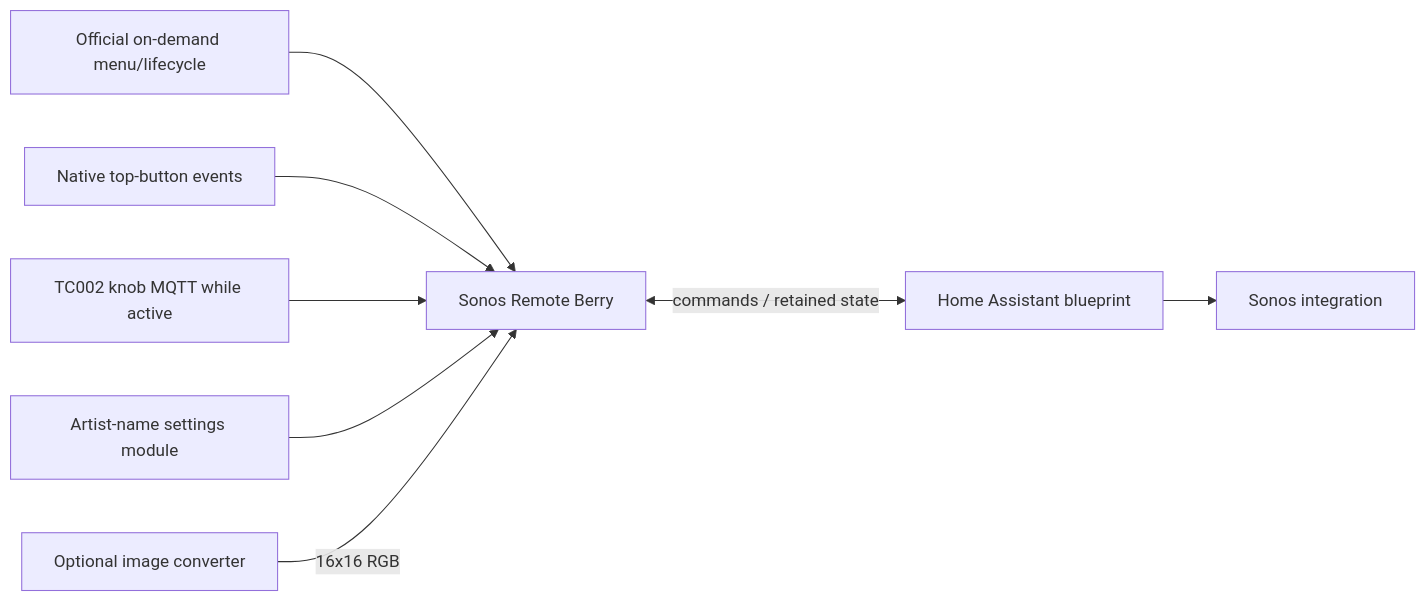
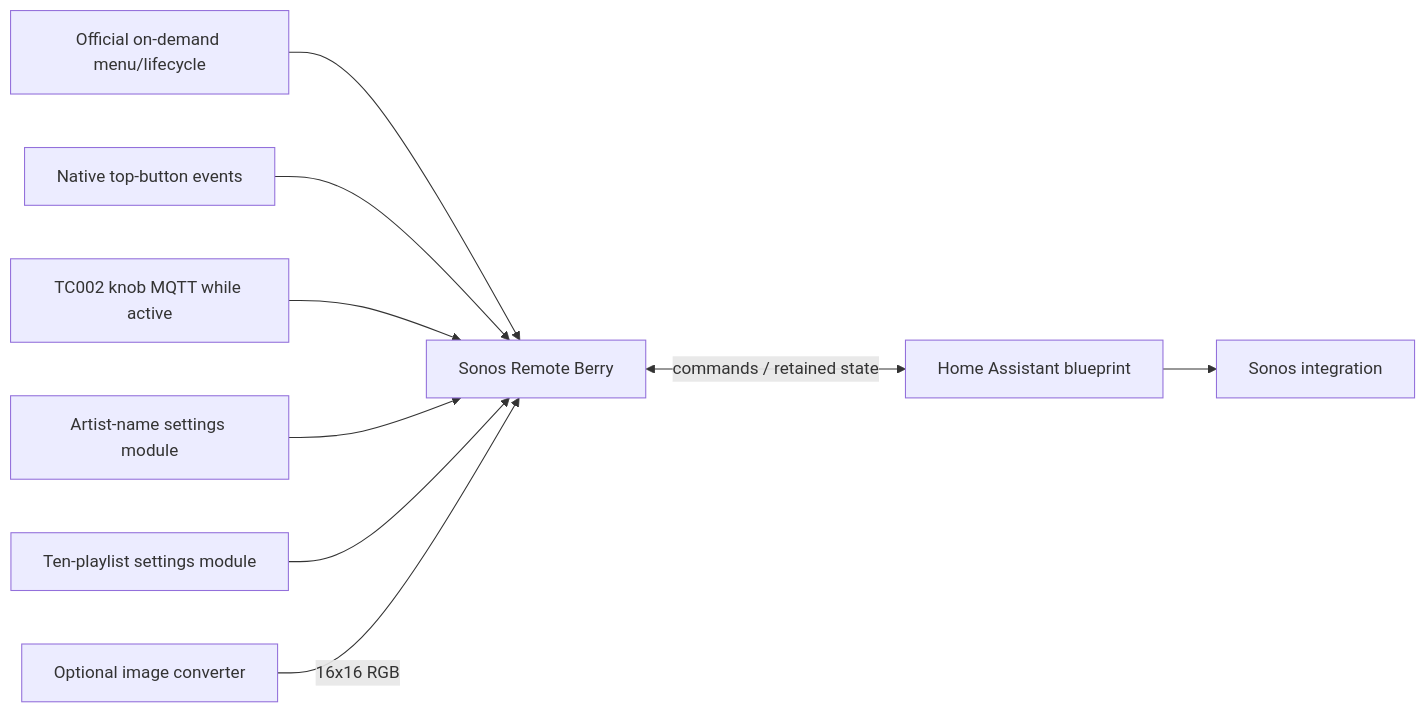
Before and after one commit to lucaamo/tc002-sonos-remote: the diagram in docs/ARCHITECTURE.md, drawn with Mermaid. The commit also changed other lines of this file and 9 other files, not shown here.

Commit message:
Support ten playlists in a dedicated Berry settings module

````diff
--- a/docs/ARCHITECTURE.md
+++ b/docs/ARCHITECTURE.md
@@ -5,10 +5,11 @@
 ```mermaid
 flowchart LR
   F[Official on-demand menu/lifecycle] --> B[Sonos Remote Berry]
   T[Native top-button events] --> B
   K[TC002 knob MQTT while active] --> B
   B <-->|commands / retained state| A[Home Assistant blueprint]
   A --> S[Sonos integration]
   M[Artist-name settings module] --> B
+  P[Ten-playlist settings module] --> B
   O[Optional image converter] -->|16x16 RGB| B
 ```
````
